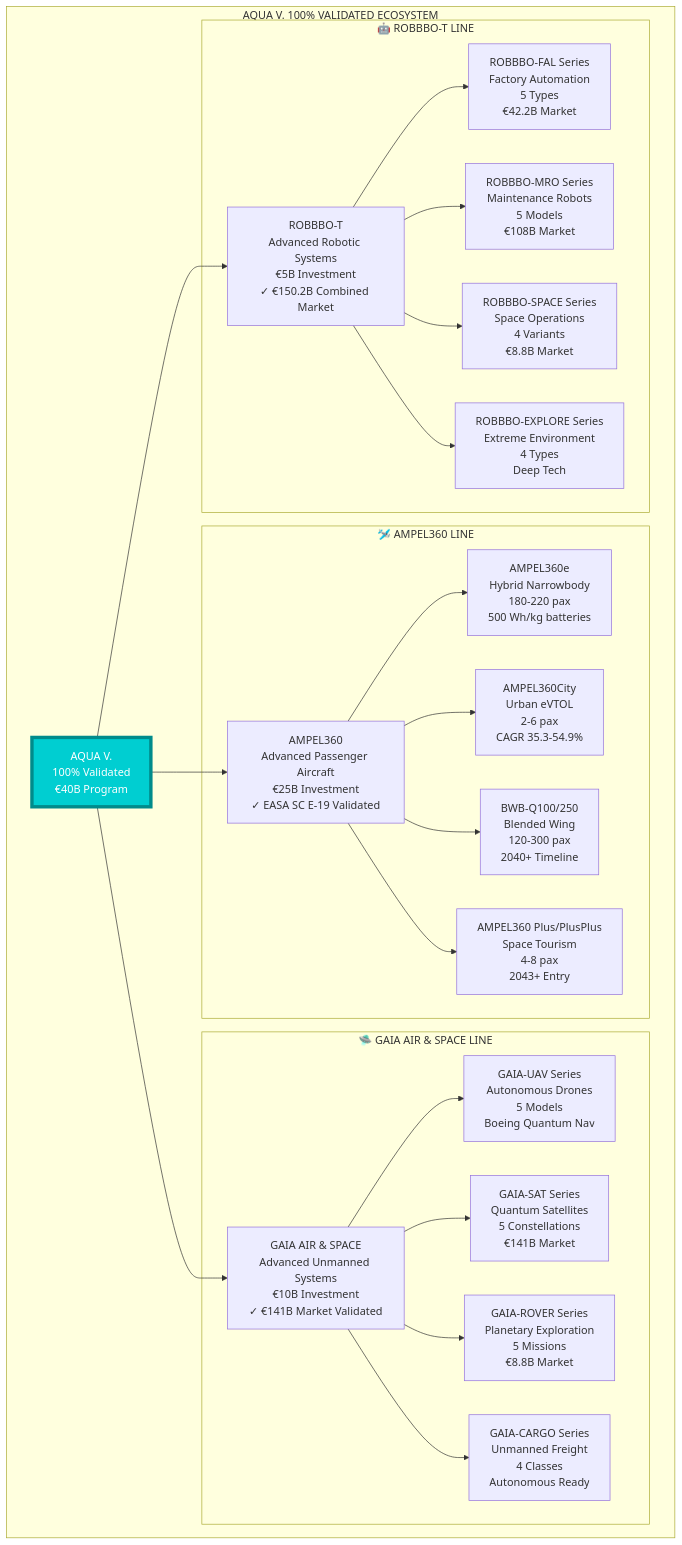
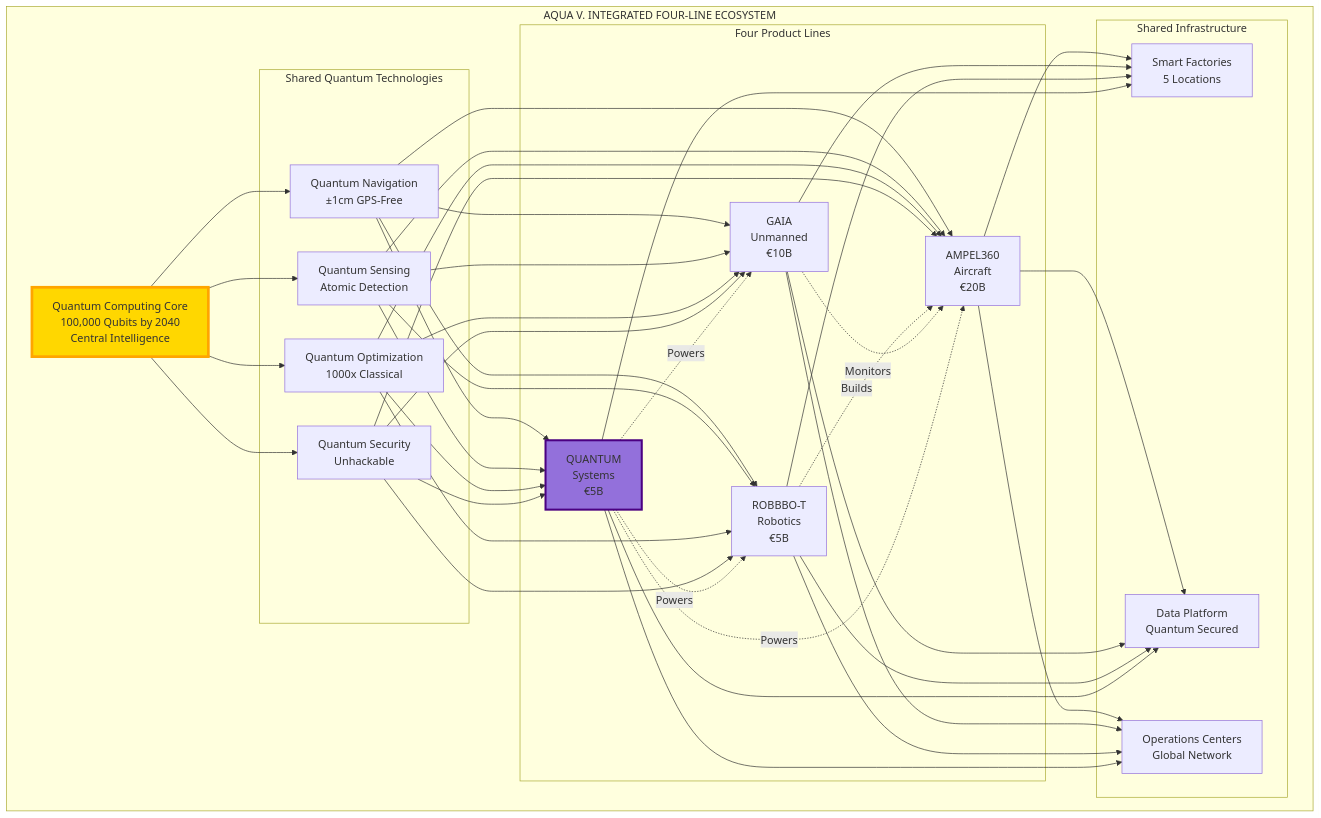
The first of 3 diagrams in README.md (Robbbo-T/A-Q-U-A_V), drawn with Mermaid before and after one commit. The commit also changed other lines of this file, not shown here.

````diff
--- a/README.md
+++ b/README.md
@@ -137,37 +185,37 @@
 ```mermaid
 graph TB
-    subgraph "AQUA V. 100% VALIDATED ECOSYSTEM"
-        AQUAV[AQUA V.<br/>100% Validated<br/>€40B Program]
+    subgraph "AQUA V. INTEGRATED FOUR-LINE ECOSYSTEM"
+        QC[Quantum Computing Core<br/>100,000 Qubits by 2040<br/>Central Intelligence]
         
-        subgraph "🛩️ AMPEL360 LINE"
-            AMP[AMPEL360<br/>Advanced Passenger Aircraft<br/>€25B Investment<br/>✓ EASA SC E-19 Validated]
-            A1[AMPEL360e<br/>Hybrid Narrowbody<br/>180-220 pax<br/>500 Wh/kg batteries]
-            A2[AMPEL360City<br/>Urban eVTOL<br/>2-6 pax<br/>CAGR 35.3-54.9%]
-            A3[BWB-Q100/250<br/>Blended Wing<br/>120-300 pax<br/>2040+ Timeline]
-            A4[AMPEL360 Plus/PlusPlus<br/>Space Tourism<br/>4-8 pax<br/>2043+ Entry]
+        subgraph "Shared Quantum Technologies"
+            QN[Quantum Navigation<br/>±1cm GPS-Free]
+            QS[Quantum Sensing<br/>Atomic Detection]
+            QO[Quantum Optimization<br/>1000x Classical]
+            QSE[Quantum Security<br/>Unhackable]
         end
         
-        subgraph "🛸 GAIA AIR & SPACE LINE"
-            GAS[GAIA AIR & SPACE<br/>Advanced Unmanned Systems<br/>€10B Investment<br/>✓ €141B Market Validated]
-            G1[GAIA-UAV Series<br/>Autonomous Drones<br/>5 Models<br/>Boeing Quantum Nav]
-            G2[GAIA-SAT Series<br/>Quantum Satellites<br/>5 Constellations<br/>€141B Market]
-            G3[GAIA-ROVER Series<br/>Planetary Exploration<br/>5 Missions<br/>€8.8B Market]
-            G4[GAIA-CARGO Series<br/>Unmanned Freight<br/>4 Classes<br/>Autonomous Ready]
+        subgraph "Four Product Lines"
+            AMP[AMPEL360<br/>Aircraft<br/>€20B]
+            GAS[GAIA<br/>Unmanned<br/>€10B]
+            ROB[ROBBBO-T<br/>Robotics<br/>€5B]
+            QSY[QUANTUM<br/>Systems<br/>€5B]
         end
         
-        subgraph "🤖 ROBBBO-T LINE"
-            ROB[ROBBBO-T<br/>Advanced Robotic Systems<br/>€5B Investment<br/>✓ €150.2B Combined Market]
-            R1[ROBBBO-FAL Series<br/>Factory Automation<br/>5 Types<br/>€42.2B Market]
-            R2[ROBBBO-MRO Series<br/>Maintenance Robots<br/>5 Models<br/>€108B Market]
-            R3[ROBBBO-SPACE Series<br/>Space Operations<br/>4 Variants<br/>€8.8B Market]
-            R4[ROBBBO-EXPLORE Series<br/>Extreme Environment<br/>4 Types<br/>Deep Tech]
+        subgraph "Shared Infrastructure"
+            MFG[Smart Factories<br/>5 Locations]
+            DATA[Data Platform<br/>Quantum Secured]
+            OPS[Operations Centers<br/>Global Network]
         end
         
-        AQUAV --> AMP & GAS & ROB
-        AMP --> A1 & A2 & A3 & A4
-        GAS --> G1 & G2 & G3 & G4
-        ROB --> R1 & R2 & R3 & R4
+        QC --> QN & QS & QO & QSE
+        QN & QS & QO & QSE --> AMP & GAS & ROB & QSY
+        AMP & GAS & ROB & QSY --> MFG & DATA & OPS
+        
+        ROB -.-> |Builds| AMP
+        GAS -.-> |Monitors| AMP
+        QSY -.-> |Powers| AMP & GAS & ROB
     end
     
-    style AQUAV fill:#00CED1,stroke:#008B8B,stroke-width:5px,color:#fff
+    style QC fill:#FFD700,stroke:#FFA500,stroke-width:4px
+    style QSY fill:#9370DB,stroke:#4B0082,stroke-width:3px
 ```
````
